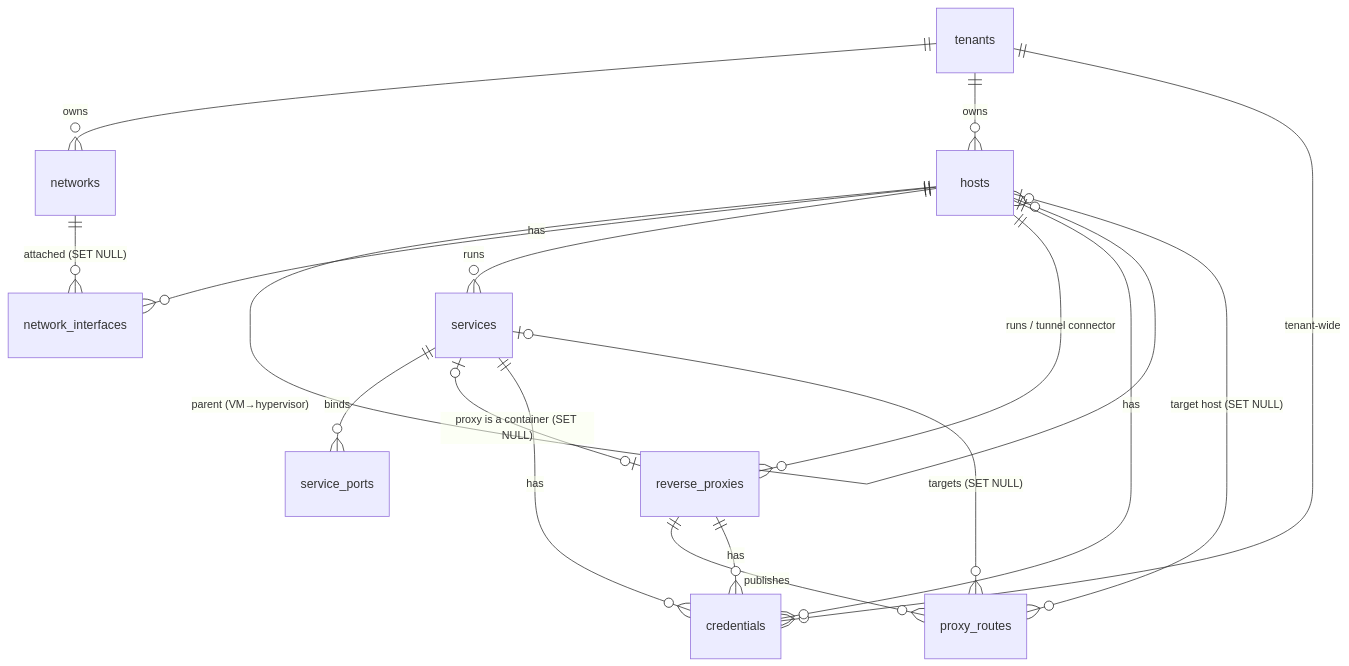
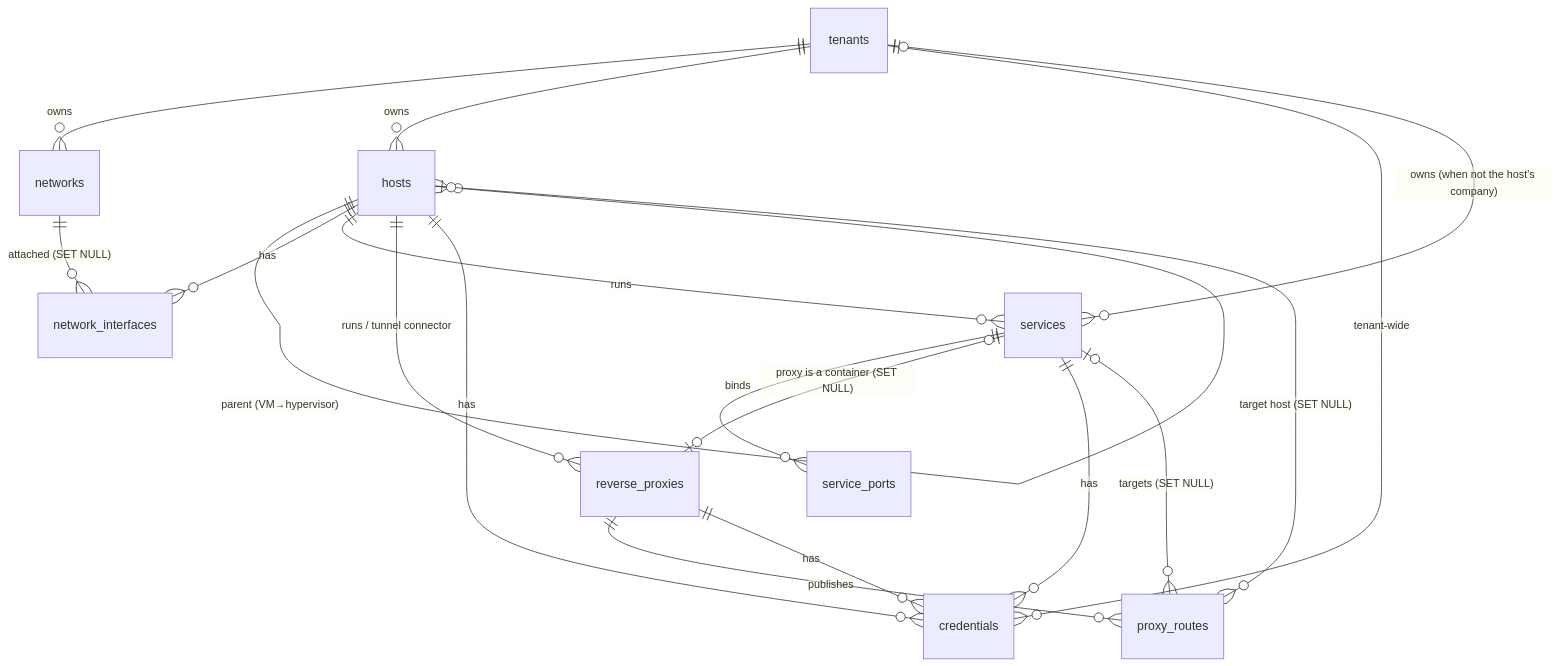
The diagram in docs/SCHEMA.md (AA-EION/Kurogane), drawn with Mermaid before and after one commit. The commit also changed other lines of this file and 23 other files, not shown here.

````diff
--- a/docs/SCHEMA.md
+++ b/docs/SCHEMA.md
@@ -5,19 +5,20 @@
 ```mermaid
 erDiagram
     tenants ||--o{ networks : owns
     tenants ||--o{ hosts : owns
     tenants ||--o{ credentials : "tenant-wide"
     hosts ||--o{ hosts : "parent (VM→hypervisor)"
     hosts ||--o{ network_interfaces : has
     networks ||--o{ network_interfaces : "attached (SET NULL)"
     hosts ||--o{ services : runs
+    tenants |o--o{ services : "owns (when not the host's company)"
     services ||--o{ service_ports : binds
     hosts ||--o{ reverse_proxies : "runs / tunnel connector"
     services |o--o| reverse_proxies : "proxy is a container (SET NULL)"
     reverse_proxies ||--o{ proxy_routes : publishes
     proxy_routes }o--o| services : "targets (SET NULL)"
     proxy_routes }o--o| hosts : "target host (SET NULL)"
     hosts ||--o{ credentials : has
     services ||--o{ credentials : has
     reverse_proxies ||--o{ credentials : has
 ```
````
